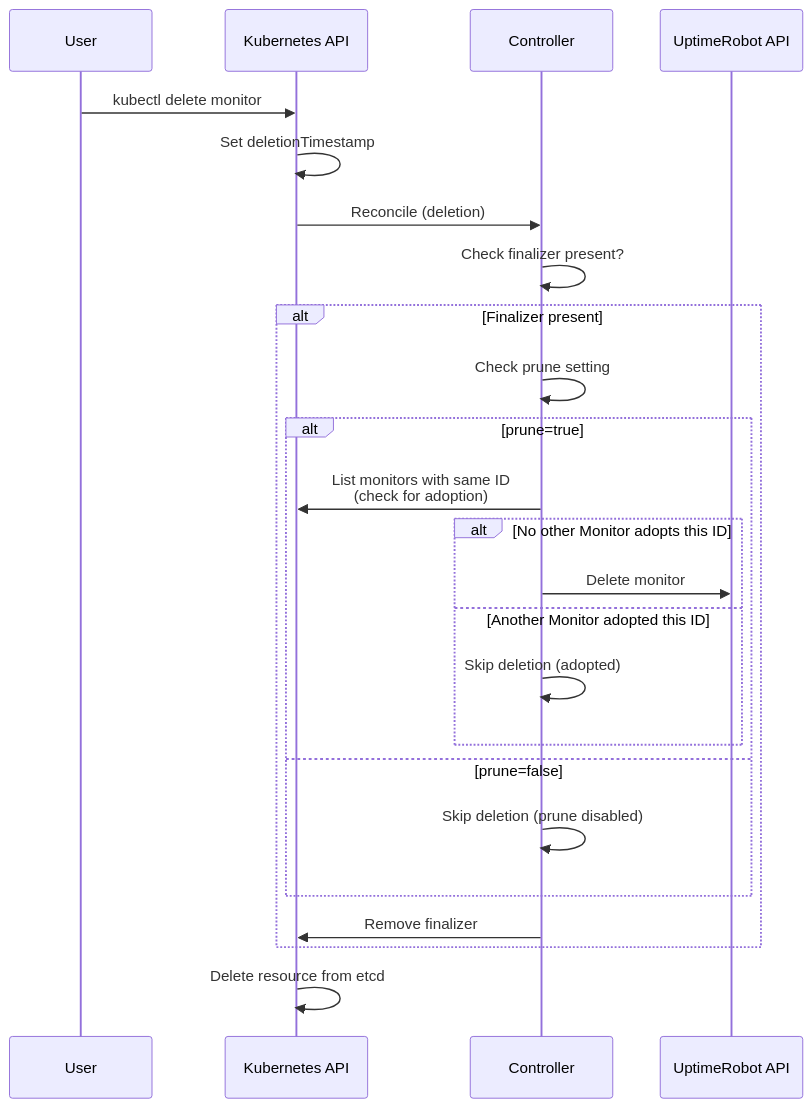
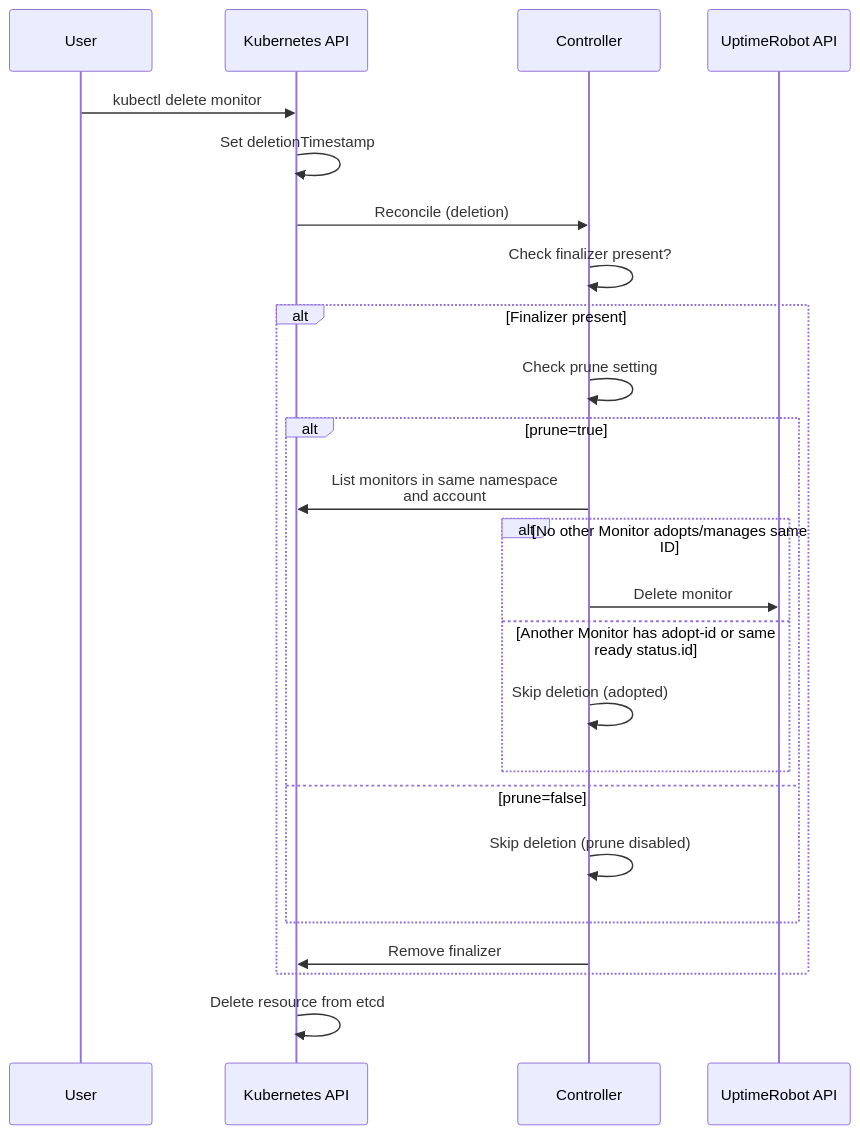
Before and after one commit to joelp172/uptime-robot-operator: the fourth of 11 diagrams in docs/architecture.md, drawn with Mermaid. The commit also changed other lines of this file, not shown here.

Commit message:
docs(architecture): align all sections with actual controller behavior

````diff
--- a/docs/architecture.md
+++ b/docs/architecture.md
@@ -202,33 +170,33 @@
 ```mermaid
 sequenceDiagram
     participant User
     participant K8s as Kubernetes API
     participant Ctrl as Controller
     participant UR as UptimeRobot API
     
     User->>K8s: kubectl delete monitor
     K8s->>K8s: Set deletionTimestamp
     K8s->>Ctrl: Reconcile (deletion)
     
     Ctrl->>Ctrl: Check finalizer present?
     
     alt Finalizer present
         Ctrl->>Ctrl: Check prune setting
         
         alt prune=true
-            Ctrl->>K8s: List monitors with same ID<br/>(check for adoption)
+            Ctrl->>K8s: List monitors in same namespace<br/>and account
             
-            alt No other Monitor adopts this ID
+            alt No other Monitor adopts/manages same ID
                 Ctrl->>UR: Delete monitor
-            else Another Monitor adopted this ID
+            else Another Monitor has adopt-id or same ready status.id
                 Ctrl->>Ctrl: Skip deletion (adopted)
             end
         else prune=false
             Ctrl->>Ctrl: Skip deletion (prune disabled)
         end
         
         Ctrl->>K8s: Remove finalizer
     end
     
     K8s->>K8s: Delete resource from etcd
 ```
````
